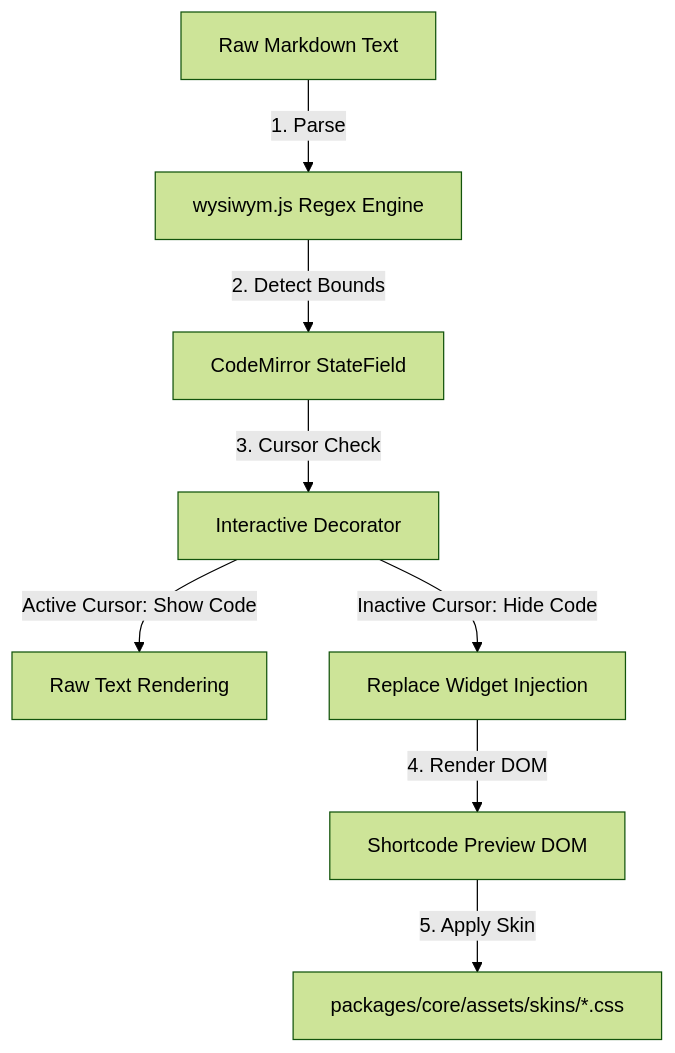
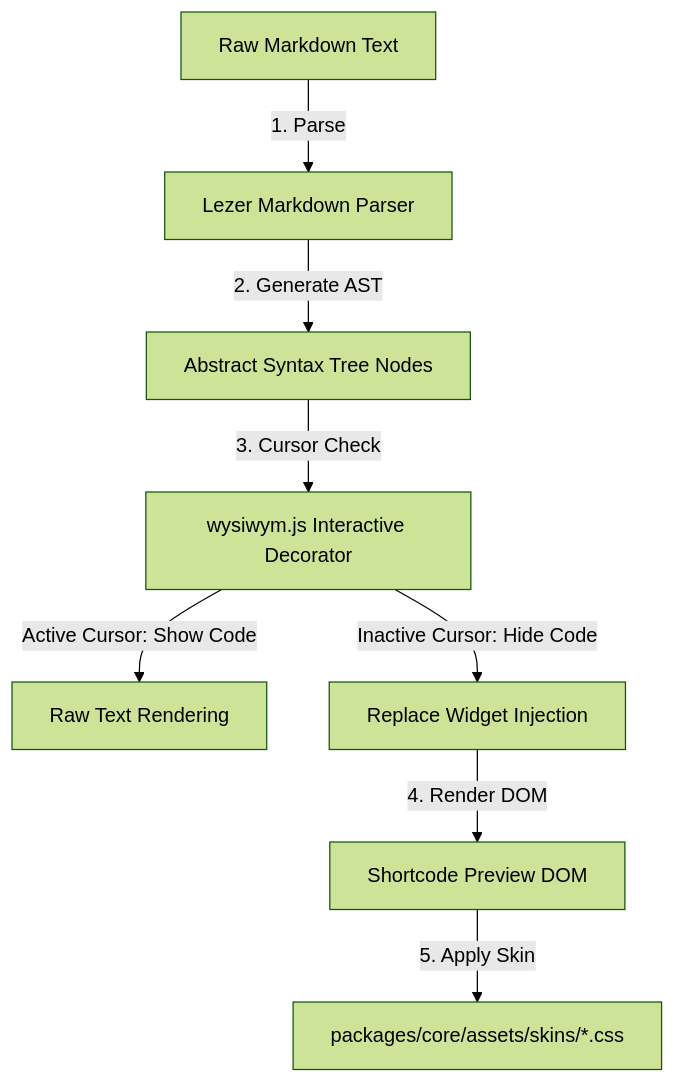
The diagram in docs/dev/building-custom-shortcodes.md (slpstream/traven), drawn with Mermaid (forest theme) before and after one commit. The commit also changed other lines of this file and 9 other files, not shown here.

````diff
--- a/docs/dev/building-custom-shortcodes.md
+++ b/docs/dev/building-custom-shortcodes.md
@@ -11,10 +11,10 @@
 ```mermaid
 graph TD
-    Source[Raw Markdown Text] -->|1. Parse| RegExp[wysiwym.js Regex Engine]
-    RegExp -->|2. Detect Bounds| StateField[CodeMirror StateField]
-    StateField -->|3. Cursor Check| Decorator[Interactive Decorator]
+    Source[Raw Markdown Text] -->|1. Parse| Lezer[Lezer Markdown Parser]
+    Lezer -->|2. Generate AST| AST[Abstract Syntax Tree Nodes]
+    AST -->|3. Cursor Check| Decorator[wysiwym.js Interactive Decorator]
     Decorator -->|Active Cursor: Show Code| Text[Raw Text Rendering]
     Decorator -->|Inactive Cursor: Hide Code| Widget[Replace Widget Injection]
     Widget -->|4. Render DOM| DOM[Shortcode Preview DOM]
     DOM -->|5. Apply Skin| CSS[packages/core/assets/skins/*.css]
 ```
````
